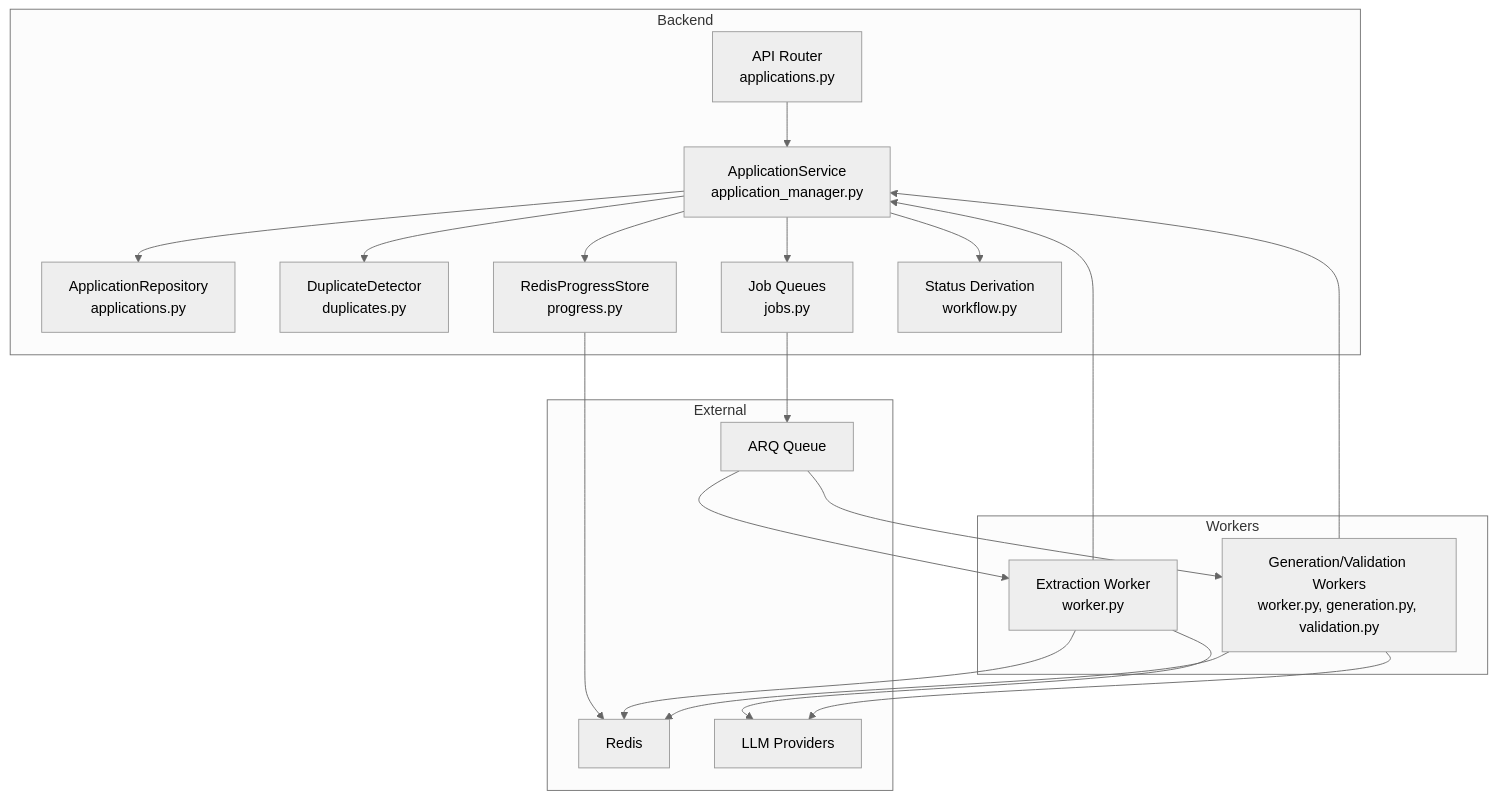
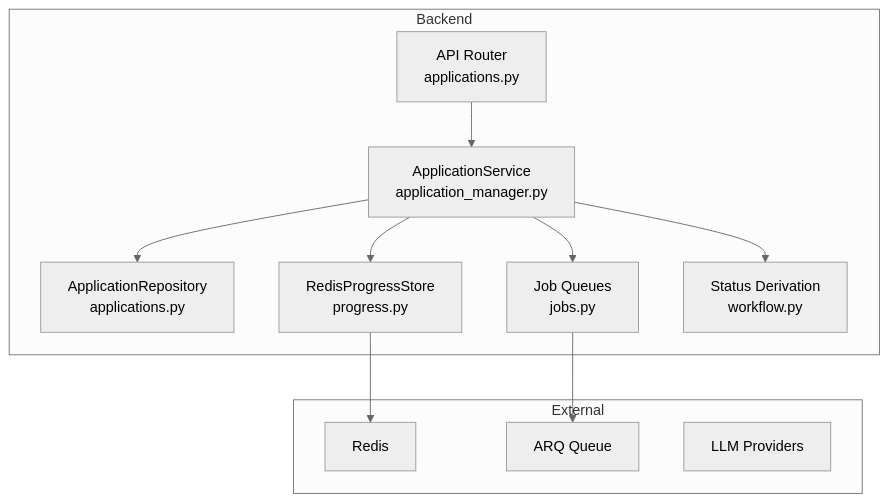
The first of 8 diagrams in .qoder/repowiki/en/content/Backend API/Service Layer/Application Manager Service.md (sankaL/resume-app), drawn with Mermaid (neutral theme) before and after one commit. The commit also changed other lines of this file and 7 other files, not shown here.

````diff
--- a/.qoder/repowiki/en/content/Backend API/Service Layer/Application Manager Service.md
+++ b/.qoder/repowiki/en/content/Backend API/Service Layer/Application Manager Service.md
@@ -57,37 +60,23 @@
 ```mermaid
 graph TB
 subgraph "Backend"
 API["API Router<br/>applications.py"]
 SVC["ApplicationService<br/>application_manager.py"]
 REPO["ApplicationRepository<br/>applications.py"]
-DUPS["DuplicateDetector<br/>duplicates.py"]
 PROG["RedisProgressStore<br/>progress.py"]
 JOBQ["Job Queues<br/>jobs.py"]
 WF["Status Derivation<br/>workflow.py"]
-end
-subgraph "Workers"
-EXW["Extraction Worker<br/>worker.py"]
-GENW["Generation/Validation Workers<br/>worker.py, generation.py, validation.py"]
 end
 subgraph "External"
 REDIS["Redis"]
 ARQ["ARQ Queue"]
 LLM["LLM Providers"]
 end
 API --> SVC
 SVC --> REPO
-SVC --> DUPS
 SVC --> PROG
 SVC --> JOBQ
 SVC --> WF
 JOBQ --> ARQ
-ARQ --> EXW
-ARQ --> GENW
 PROG --> REDIS
-EXW --> SVC
-GENW --> SVC
-EXW --> REDIS
-GENW --> REDIS
-EXW --> LLM
-GENW --> LLM
 ```
````
